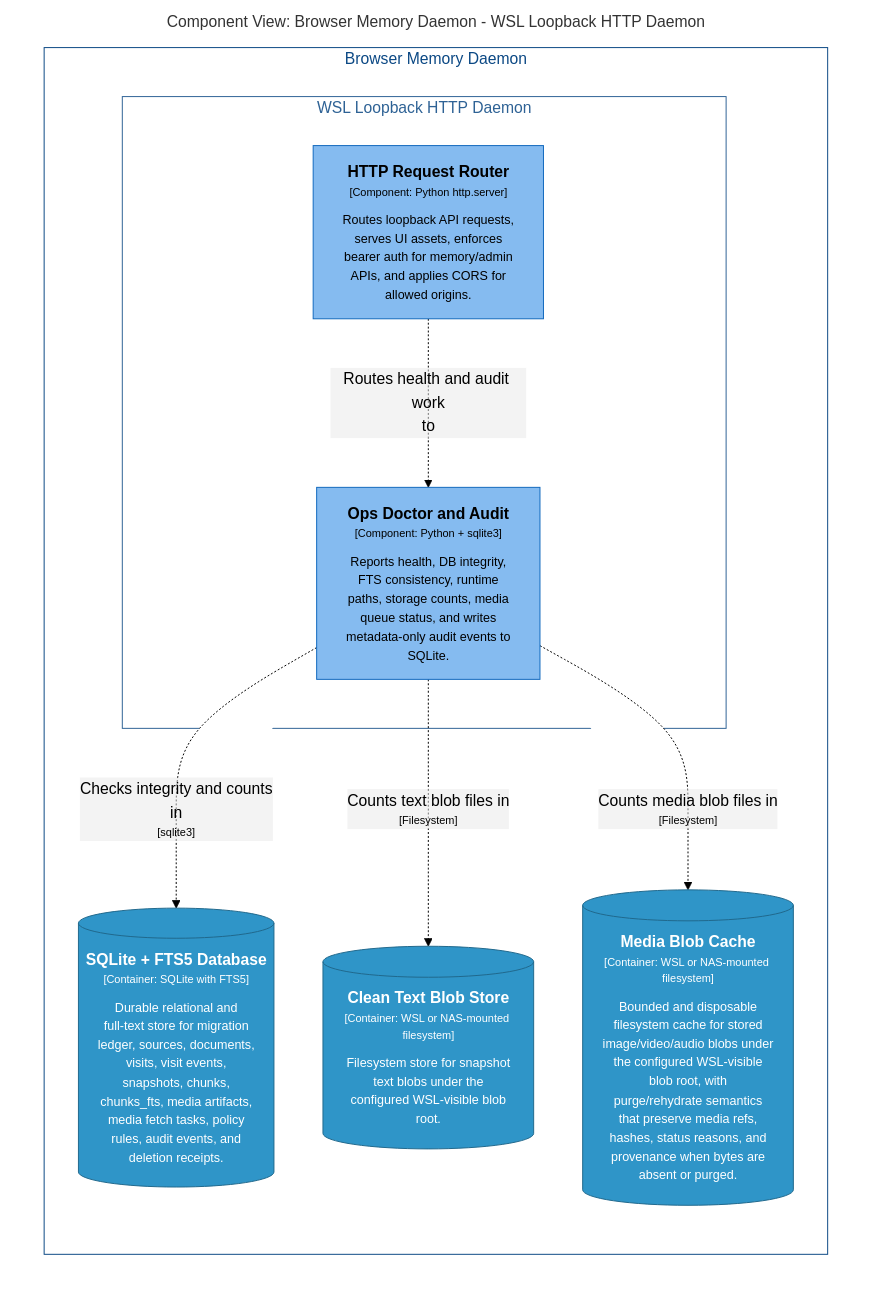
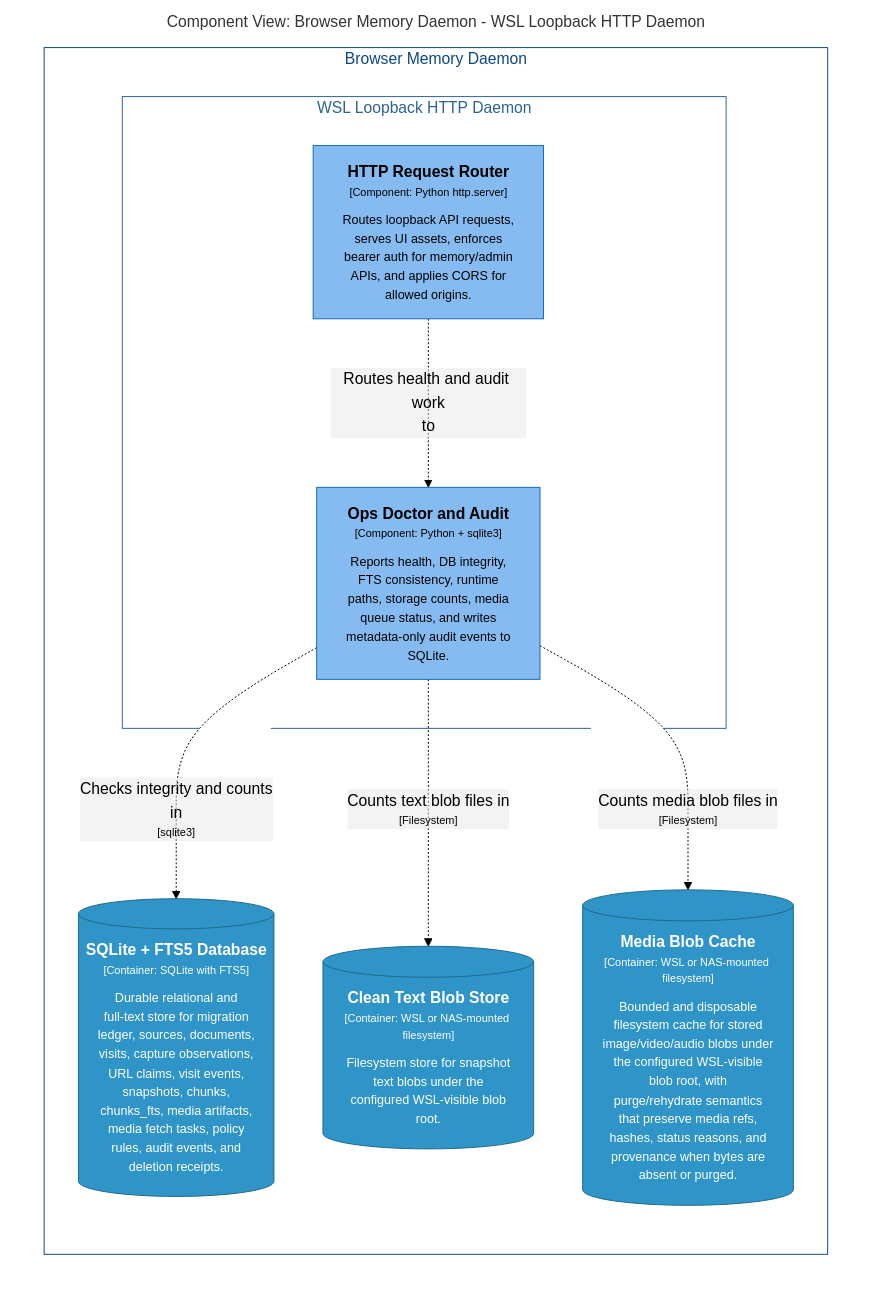
One commit to michaelnicks0/browser-memory-daemon changed the diagram in docs/architecture/diagrams/markdown/DaemonDoctorComponents.md. Above: the diagram before and after it, drawn with Mermaid (forest theme). The commit also changed 162 other files, not shown here.

Commit message:
feat(model): add capture observations and URL claims

````diff
--- a/docs/architecture/diagrams/markdown/DaemonDoctorComponents.md
+++ b/docs/architecture/diagrams/markdown/DaemonDoctorComponents.md
@@ -16,34 +16,34 @@
 ```mermaid
 graph LR
   linkStyle default fill:#ffffff
 
   subgraph diagram ["Component View: Browser Memory Daemon - WSL Loopback HTTP Daemon"]
     style diagram fill:#ffffff,stroke:#ffffff
 
     subgraph 4 ["Browser Memory Daemon"]
       style 4 fill:#ffffff,stroke:#0b4884,color:#0b4884
 
       subgraph 14 ["WSL Loopback HTTP Daemon"]
         style 14 fill:#ffffff,stroke:#2e6295,color:#2e6295
 
         15["<div style='font-weight: bold'>HTTP Request Router</div><div style='font-size: 70%; margin-top: 0px'>[Component: Python http.server]</div><div style='font-size: 80%; margin-top:10px'>Routes loopback API requests,<br />serves UI assets, enforces<br />bearer auth for memory/admin<br />APIs, and applies CORS for<br />allowed origins.</div>"]
         style 15 fill:#85bbf0,stroke:#1168bd,color:#000000
         24["<div style='font-weight: bold'>Ops Doctor and Audit</div><div style='font-size: 70%; margin-top: 0px'>[Component: Python + sqlite3]</div><div style='font-size: 80%; margin-top:10px'>Reports health, DB integrity,<br />FTS consistency, runtime<br />paths, storage counts, media<br />queue status, and writes<br />metadata-only audit events to<br />SQLite.</div>"]
         style 24 fill:#85bbf0,stroke:#1168bd,color:#000000
       end
 
-      28[("<div style='font-weight: bold'>SQLite + FTS5 Database</div><div style='font-size: 70%; margin-top: 0px'>[Container: SQLite with FTS5]</div><div style='font-size: 80%; margin-top:10px'>Durable relational and<br />full-text store for migration<br />ledger, sources, documents,<br />visits, visit events,<br />snapshots, chunks,<br />chunks_fts, media artifacts,<br />media fetch tasks, policy<br />rules, audit events, and<br />deletion receipts.</div>")]
+      28[("<div style='font-weight: bold'>SQLite + FTS5 Database</div><div style='font-size: 70%; margin-top: 0px'>[Container: SQLite with FTS5]</div><div style='font-size: 80%; margin-top:10px'>Durable relational and<br />full-text store for migration<br />ledger, sources, documents,<br />visits, capture observations,<br />URL claims, visit events,<br />snapshots, chunks,<br />chunks_fts, media artifacts,<br />media fetch tasks, policy<br />rules, audit events, and<br />deletion receipts.</div>")]
       style 28 fill:#2f95c8,stroke:#20688c,color:#ffffff
       29[("<div style='font-weight: bold'>Clean Text Blob Store</div><div style='font-size: 70%; margin-top: 0px'>[Container: WSL or NAS-mounted filesystem]</div><div style='font-size: 80%; margin-top:10px'>Filesystem store for snapshot<br />text blobs under the<br />configured WSL-visible blob<br />root.</div>")]
       style 29 fill:#2f95c8,stroke:#20688c,color:#ffffff
       30[("<div style='font-weight: bold'>Media Blob Cache</div><div style='font-size: 70%; margin-top: 0px'>[Container: WSL or NAS-mounted filesystem]</div><div style='font-size: 80%; margin-top:10px'>Bounded and disposable<br />filesystem cache for stored<br />image/video/audio blobs under<br />the configured WSL-visible<br />blob root, with<br />purge/rehydrate semantics<br />that preserve media refs,<br />hashes, status reasons, and<br />provenance when bytes are<br />absent or purged.</div>")]
       style 30 fill:#2f95c8,stroke:#20688c,color:#ffffff
     end
 
     15-. "<div>Routes health and audit work<br />to</div><div style='font-size: 70%'></div>" .->24
     24-. "<div>Checks integrity and counts<br />in</div><div style='font-size: 70%'>[sqlite3]</div>" .->28
     24-. "<div>Counts text blob files in</div><div style='font-size: 70%'>[Filesystem]</div>" .->29
     24-. "<div>Counts media blob files in</div><div style='font-size: 70%'>[Filesystem]</div>" .->30
 
   end
 ```
````
